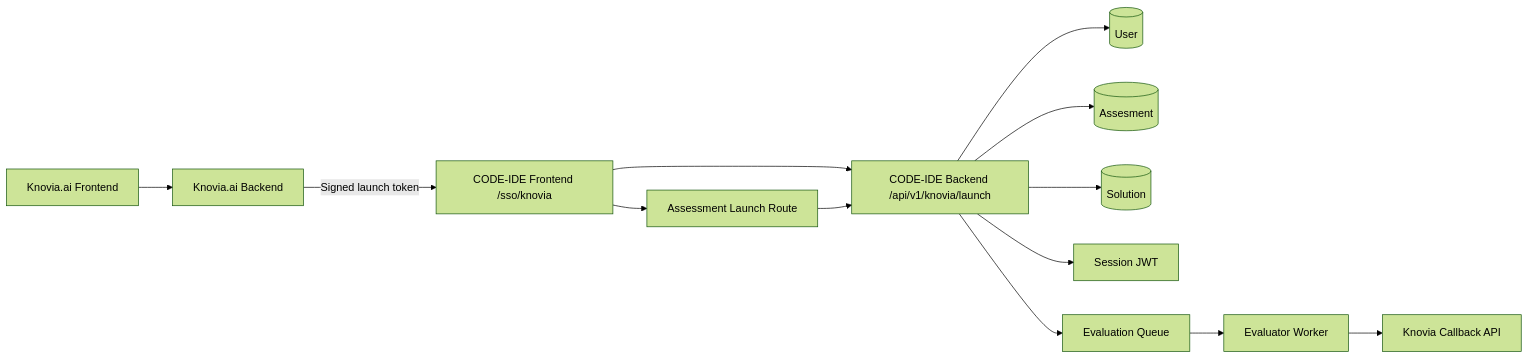
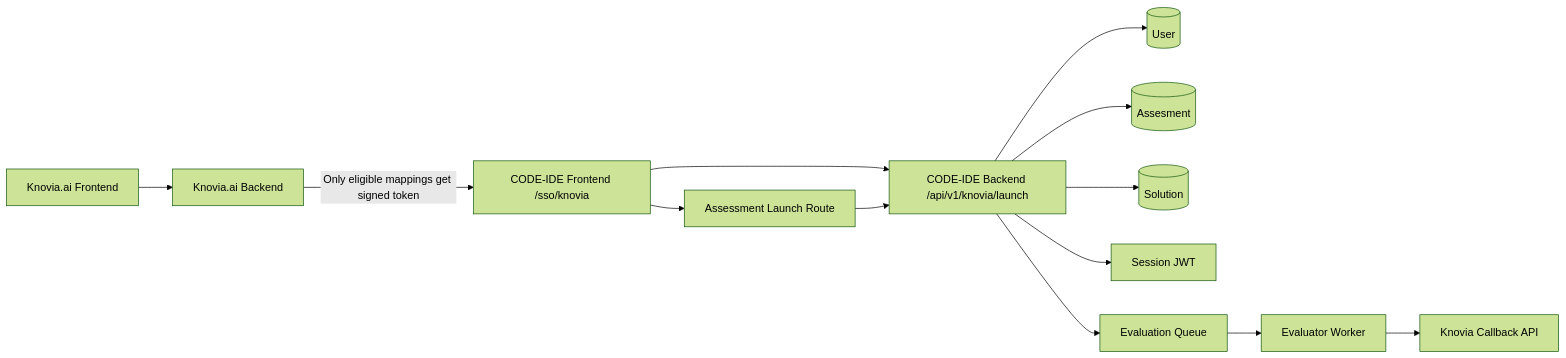
Before and after one commit to NeovedaTech/code-ide-ui: the second of 3 diagrams in KNOVIA_CODEIDE_INTEGRATION_EXECUTION_SPEC.md, drawn with Mermaid (forest theme). The commit also changed other lines of this file and 2 other files, not shown here.

Commit message:
Add coding eligibility matrix to Knovia integration docs

````diff
--- a/KNOVIA_CODEIDE_INTEGRATION_EXECUTION_SPEC.md
+++ b/KNOVIA_CODEIDE_INTEGRATION_EXECUTION_SPEC.md
@@ -296,15 +337,15 @@
 ```mermaid
 flowchart LR
     A[Knovia.ai Frontend] --> B[Knovia.ai Backend]
-    B -->|Signed launch token| C[CODE-IDE Frontend /sso/knovia]
+    B -->|Only eligible mappings get signed token| C[CODE-IDE Frontend /sso/knovia]
     C --> D[CODE-IDE Backend /api/v1/knovia/launch]
     D --> E[(User)]
     D --> F[(Assesment)]
     D --> G[(Solution)]
     D --> H[Session JWT]
     C --> I[Assessment Launch Route]
     I --> D
     D --> J[Evaluation Queue]
     J --> K[Evaluator Worker]
     K --> L[Knovia Callback API]
 ```
````
